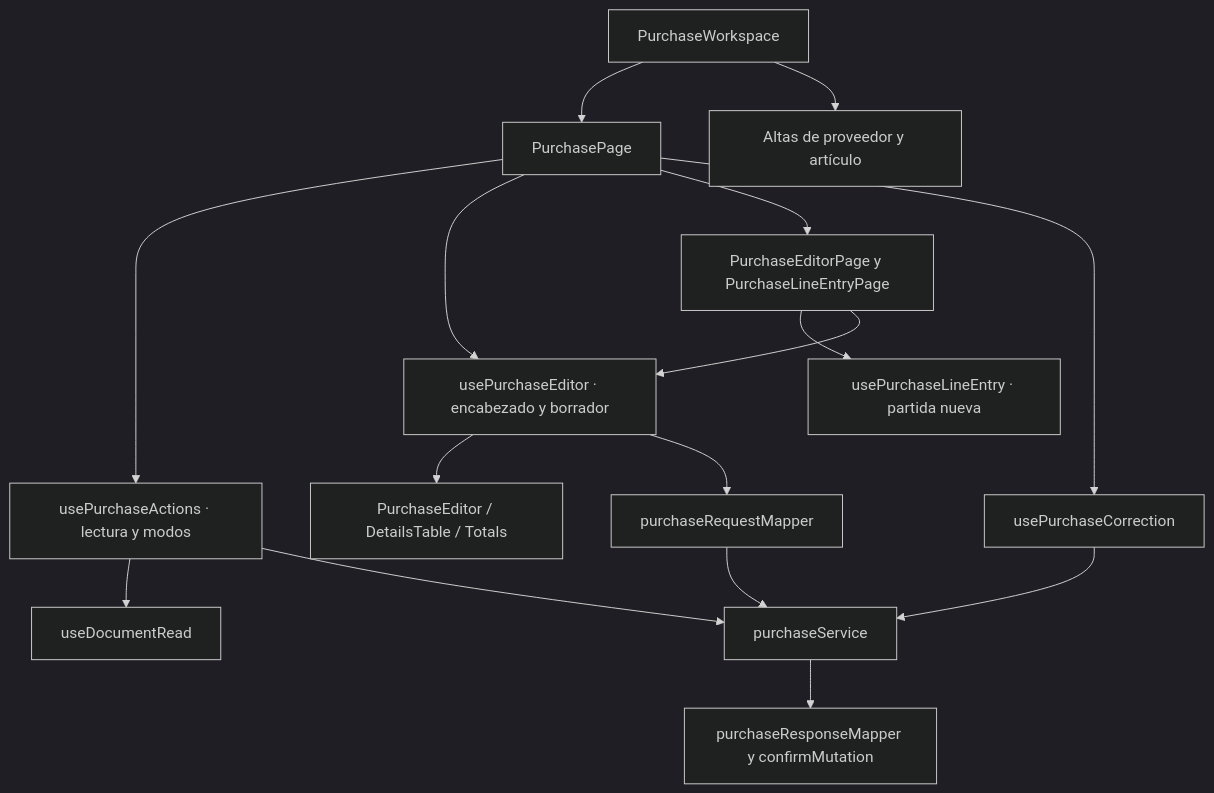
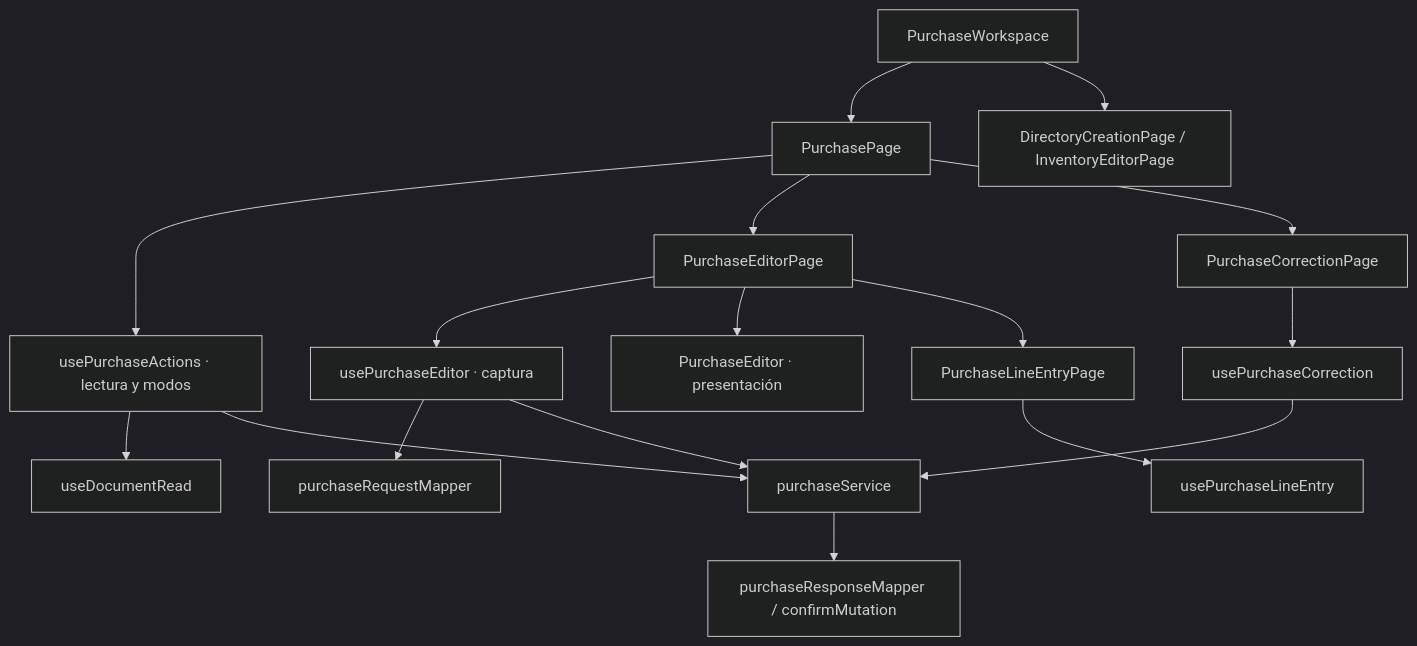
Before and after one commit to gpgsistemas01/nexus: the diagram in front/docs/architecture/views/logical/components/06-purchases.md, drawn with Mermaid (dark theme). The commit also changed other lines of this file and 227 other files, not shown here.

````diff
--- a/front/docs/architecture/views/logical/components/06-purchases.md
+++ b/front/docs/architecture/views/logical/components/06-purchases.md
@@ -7,18 +9,19 @@
 ```mermaid
 flowchart TB
     workspace["PurchaseWorkspace"] --> page["PurchasePage"]
-    workspace --> auxiliary["Altas de proveedor y artículo"]
+    workspace --> auxiliary["DirectoryCreationPage / InventoryEditorPage"]
     page --> actions["usePurchaseActions · lectura y modos"]
     actions --> read["useDocumentRead"]
-    page --> editor["usePurchaseEditor · encabezado y borrador"]
-    page --> entryPage["PurchaseEditorPage y PurchaseLineEntryPage"]
-    entryPage --> line["usePurchaseLineEntry · partida nueva"]
-    entryPage --> editor
-    page --> correction["usePurchaseCorrection"]
-    editor --> view["PurchaseEditor / DetailsTable / Totals"]
+    page --> editorPage["PurchaseEditorPage"]
+    editorPage --> editor["usePurchaseEditor · captura"]
+    editorPage --> view["PurchaseEditor · presentación"]
+    editorPage --> linePage["PurchaseLineEntryPage"]
+    linePage --> line["usePurchaseLineEntry"]
+    page --> correctionPage["PurchaseCorrectionPage"]
+    correctionPage --> correction["usePurchaseCorrection"]
     editor --> mapper["purchaseRequestMapper"]
-    correction --> service["purchaseService"]
+    editor --> service["purchaseService"]
     actions --> service
-    mapper --> service
-    service --> response["purchaseResponseMapper y confirmMutation"]
+    correction --> service
+    service --> response["purchaseResponseMapper / confirmMutation"]
 ```
````
